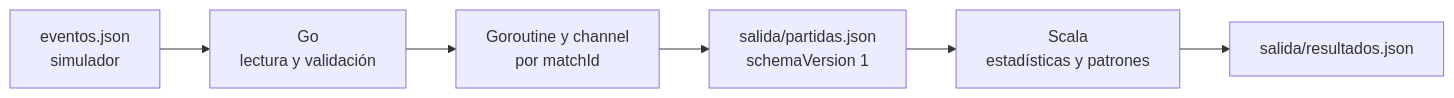
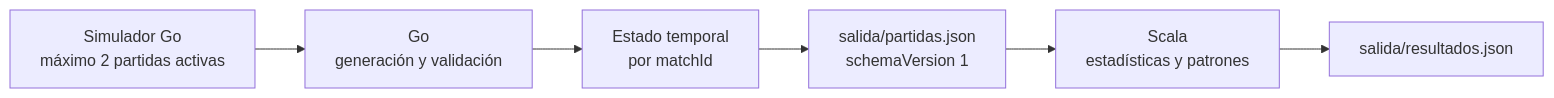
Before and after one commit to JasonM910/GameStats: the diagram in README.md, drawn with Mermaid. The commit also changed other lines of this file and 8 other files, not shown here.

````diff
--- a/README.md
+++ b/README.md
@@ -13,8 +9,8 @@
 ```mermaid
 flowchart LR
-    A["eventos.json<br/>simulador"] --> B["Go<br/>lectura y validación"]
-    B --> C["Goroutine y channel<br/>por matchId"]
+    A["Simulador Go<br/>máximo 2 partidas activas"] --> B["Go<br/>generación y validación"]
+    B --> C["Estado temporal<br/>por matchId"]
     C --> D["salida/partidas.json<br/>schemaVersion 1"]
     D --> E["Scala<br/>estadísticas y patrones"]
     E --> F["salida/resultados.json"]
 ```
````
